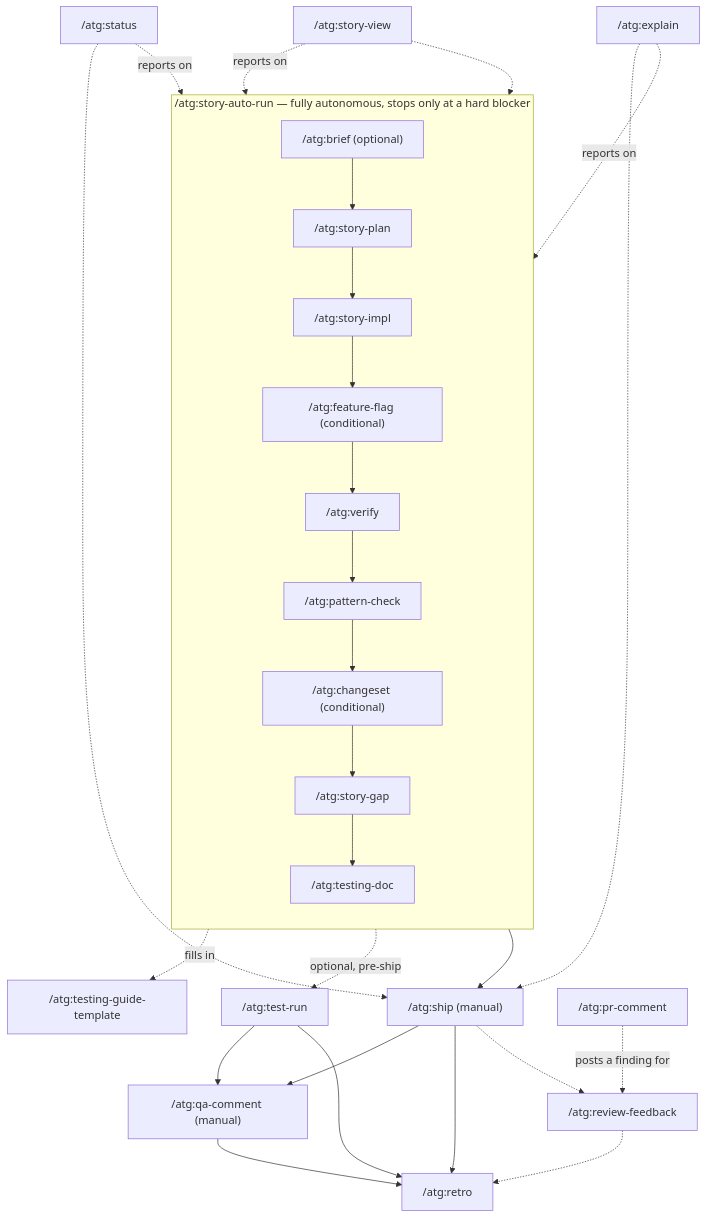
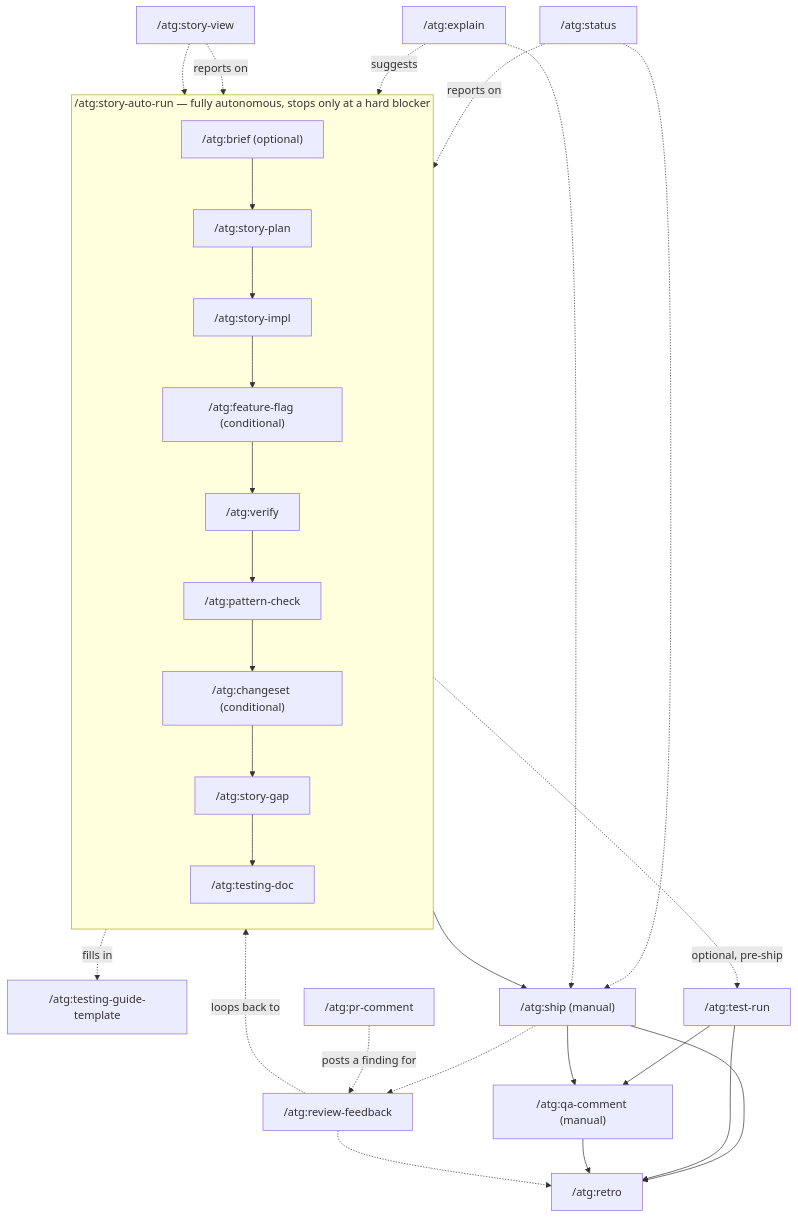
One commit to fcastillo-atg/atg-agent-kit changed the diagram in README.md. Above: the diagram before and after it, drawn with Mermaid. The commit also changed other lines of this file, not shown here.

First line of the commit message:
Fix two more direction errors found while re-auditing the diagram

````diff
--- a/README.md
+++ b/README.md
@@ -85,41 +90,42 @@
 ```mermaid
 flowchart TD
     subgraph autorun["/atg:story-auto-run — fully autonomous, stops only at a hard blocker"]
         direction TB
         brief["/atg:brief (optional)"] --> storyplan["/atg:story-plan"]
         storyplan --> storyimpl["/atg:story-impl"]
         storyimpl --> featureflag["/atg:feature-flag (conditional)"]
         featureflag --> verify["/atg:verify"]
         verify --> patterncheck["/atg:pattern-check"]
         patterncheck --> changeset["/atg:changeset (conditional)"]
         changeset --> storygap["/atg:story-gap"]
         storygap --> testingdoc["/atg:testing-doc"]
     end
 
     template["/atg:testing-guide-template"]
     testingdoc -. fills in .-> template
     testingdoc -. optional, pre-ship .-> testrun["/atg:test-run"]
 
     testingdoc --> ship["/atg:ship (manual)"]
     testrun --> qacomment["/atg:qa-comment (manual)"]
     ship --> qacomment
     ship --> retro["/atg:retro"]
     testrun --> retro
     qacomment --> retro
 
     reviewfeedback["/atg:review-feedback"]
     prcomment["/atg:pr-comment"]
     ship -.-> reviewfeedback
     prcomment -. posts a finding for .-> reviewfeedback
+    reviewfeedback -. loops back to .-> verify
     reviewfeedback -.-> retro
 
     status["/atg:status"]
     explain["/atg:explain"]
     storyview["/atg:story-view"]
     status -. reports on .-> storyimpl
     status -.-> ship
-    explain -. reports on .-> brief
+    explain -. suggests .-> storygap
     explain -.-> ship
     storyview -. reports on .-> storyplan
     storyview -.-> storygap
 ```
````
